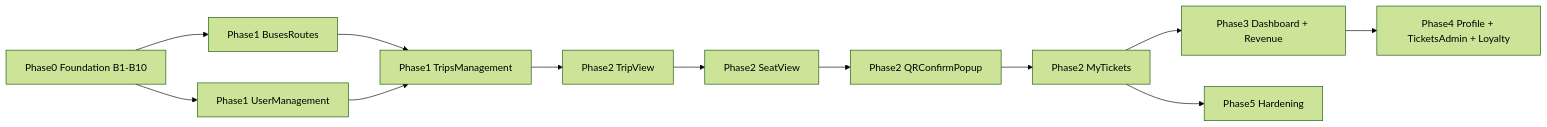
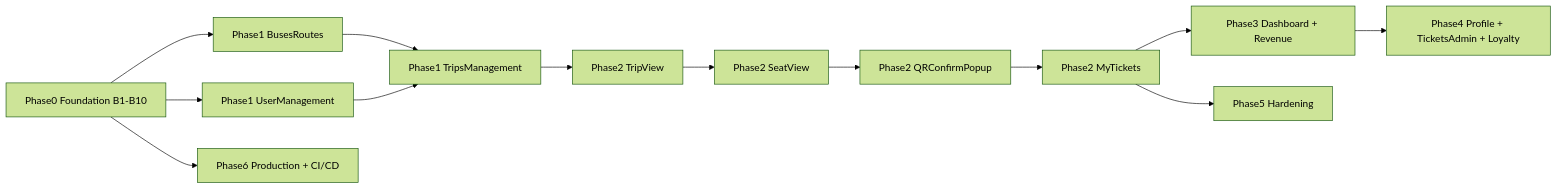
Before and after one commit to Namsongc98/system_bus_ai: the first of 2 diagrams in .claude/docs/plan/screen-feature-plan.md, drawn with Mermaid (forest theme). The commit also changed other lines of this file and 9 other files, not shown here.

````diff
--- a/.claude/docs/plan/screen-feature-plan.md
+++ b/.claude/docs/plan/screen-feature-plan.md
@@ -63,14 +63,15 @@
 ```mermaid
 graph LR
     Foundation[Phase0 Foundation B1-B10] --> BusRoute[Phase1 BusesRoutes]
     Foundation --> Users[Phase1 UserManagement]
     BusRoute --> Trips[Phase1 TripsManagement]
     Users --> Trips
     Trips --> Search[Phase2 TripView]
     Search --> Seat[Phase2 SeatView]
     Seat --> Payment[Phase2 QRConfirmPopup]
     Payment --> MyTickets[Phase2 MyTickets]
     MyTickets --> Reports[Phase3 Dashboard + Revenue]
     Reports --> Secondary[Phase4 Profile + TicketsAdmin + Loyalty]
     MyTickets --> Hardening[Phase5 Hardening]
+    Foundation --> Prod[Phase6 Production + CI/CD]
 ```
````
